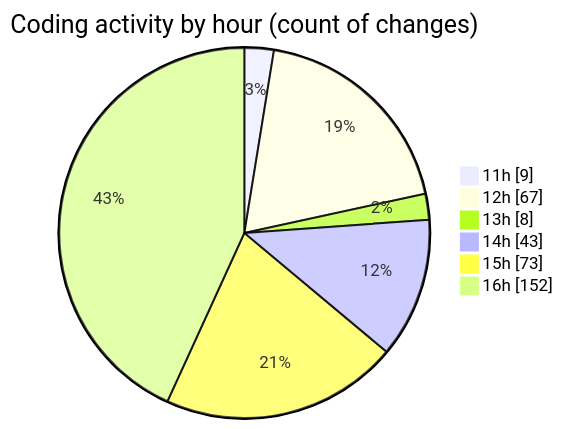
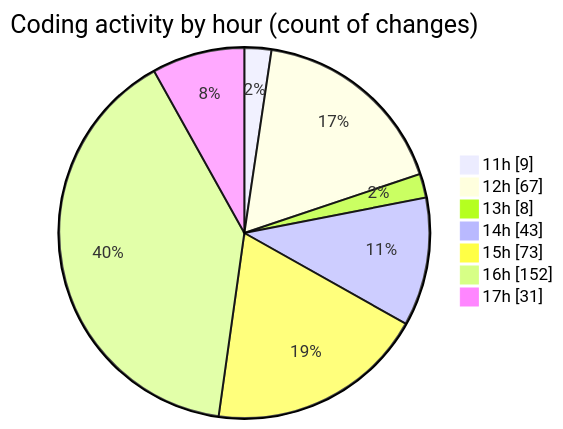
The second of 2 diagrams in 2026-08-23/nxtqube_webapp/README.md (nxtqubesakshisongat/code-tracking), drawn with Mermaid before and after one commit. The commit also changed other lines of this file and 1 other file, not shown here.

````diff
--- a/2026-08-23/nxtqube_webapp/README.md
+++ b/2026-08-23/nxtqube_webapp/README.md
@@ -128,10 +130,11 @@
 ```mermaid
 pie showData
 title Coding activity by hour (count of changes)
 "11h" : 9
 "12h" : 67
 "13h" : 8
 "14h" : 43
 "15h" : 73
 "16h" : 152
+"17h" : 31
 ```
````
